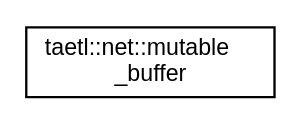
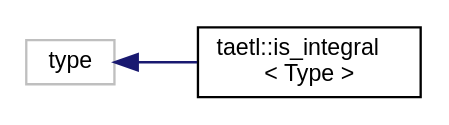
Before and after one commit to tobanteAudio/taetl: the diagram in inherit_graph_24.dot, drawn with Graphviz. The commit also changed 168 other files, not shown here.

```diff
--- a/inherit_graph_24.dot
+++ b/inherit_graph_24.dot
@@ -1,7 +1,9 @@
 digraph "Graphical Class Hierarchy"
 {
   edge [fontname="Helvetica",fontsize="10",labelfontname="Helvetica",labelfontsize="10"];
   node [fontname="Helvetica",fontsize="10",shape=record];
   rankdir="LR";
-  Node0 [label="taetl::net::mutable\l_buffer",height=0.2,width=0.4,color="black", fillcolor="white", style="filled",URL="$classtaetl_1_1net_1_1mutable__buffer.html"];
+  Node4 [label="type",height=0.2,width=0.4,color="grey75", fillcolor="white", style="filled"];
+  Node4 -> Node0 [dir="back",color="midnightblue",fontsize="10",style="solid",fontname="Helvetica"];
+  Node0 [label="taetl::is_integral\l\< Type \>",height=0.2,width=0.4,color="black", fillcolor="white", style="filled",URL="$structtaetl_1_1is__integral.html"];
 }
```
